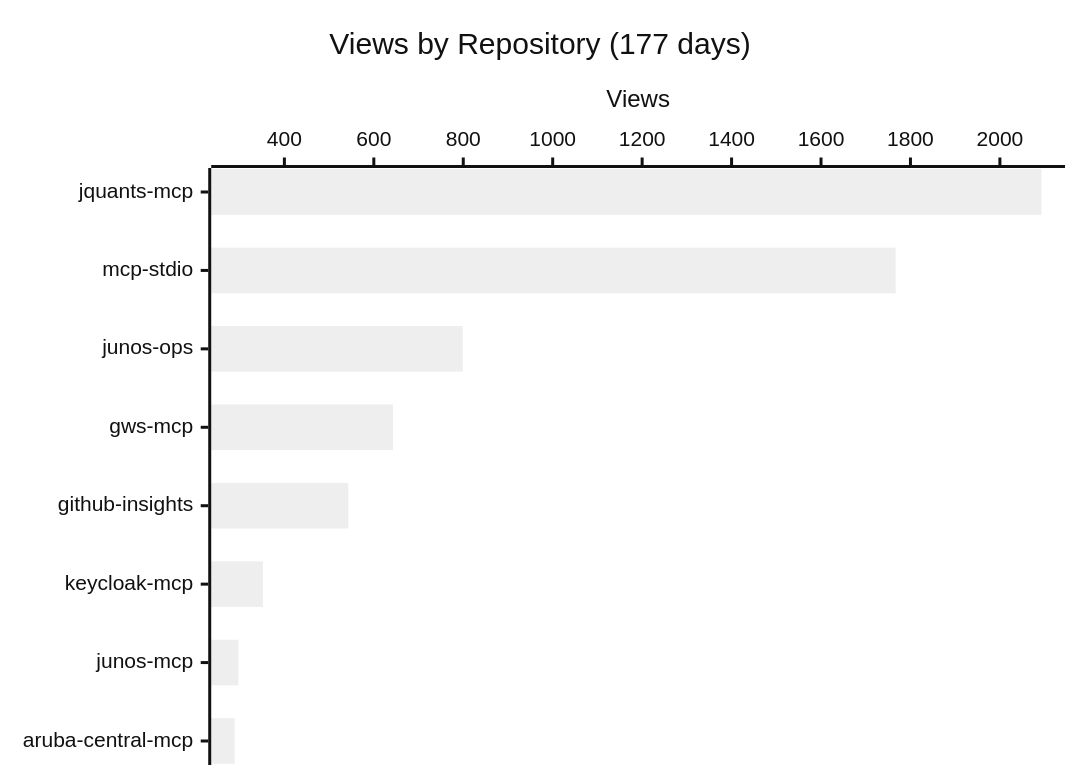
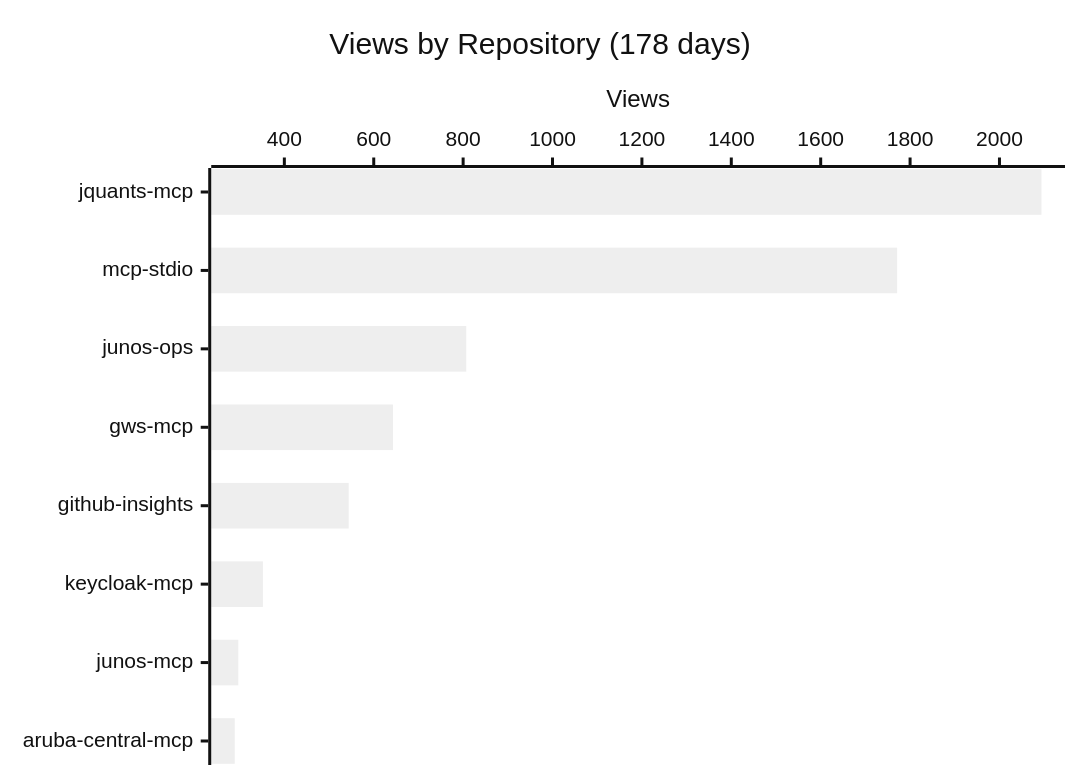
Before and after one commit to shigechika/github-insights: the first of 4 diagrams in README.md, drawn with Mermaid (neutral theme). The commit also changed other lines of this file and 2 other files, not shown here.

````diff
--- a/README.md
+++ b/README.md
@@ -18,7 +18,7 @@
 ```mermaid
 xychart-beta horizontal
-    title "Views by Repository (177 days)"
+    title "Views by Repository (178 days)"
     x-axis ["jquants-mcp", "mcp-stdio", "junos-ops", "gws-mcp", "github-insights", "keycloak-mcp", "junos-mcp", "aruba-central-mcp"]
     y-axis "Views"
-    bar [2093, 1767, 799, 643, 543, 352, 297, 289]
+    bar [2094, 1771, 807, 643, 544, 352, 297, 289]
 ```
````
